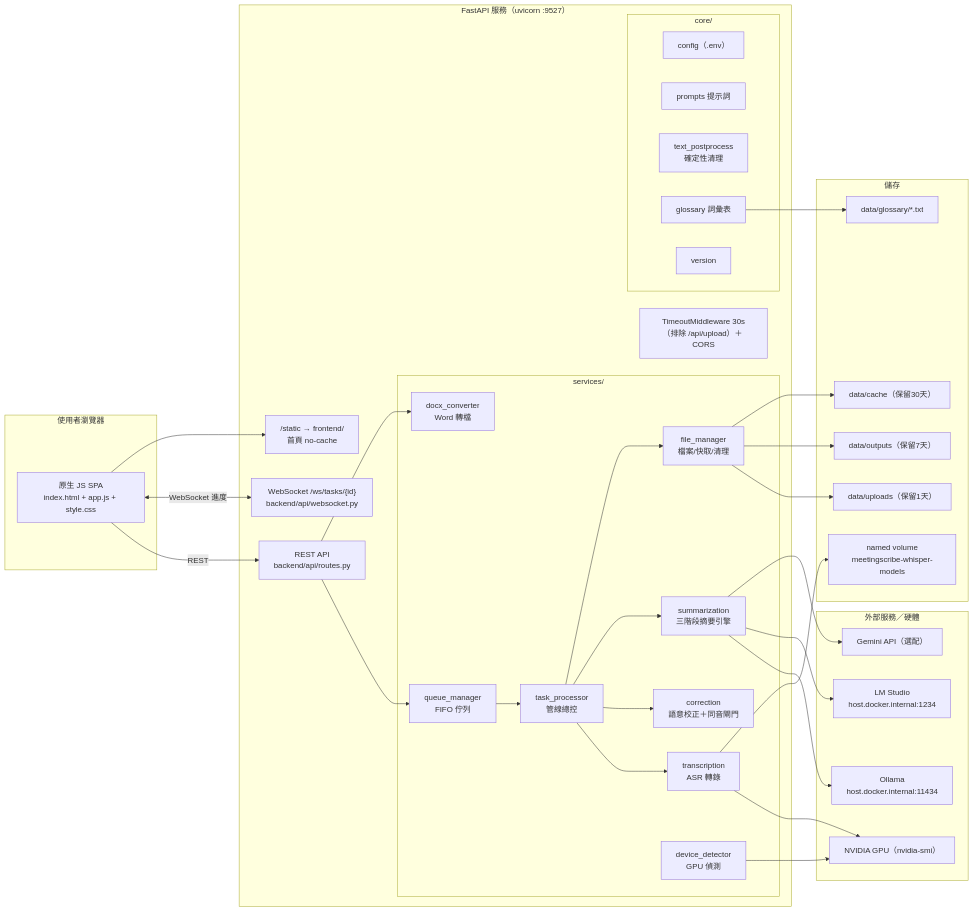
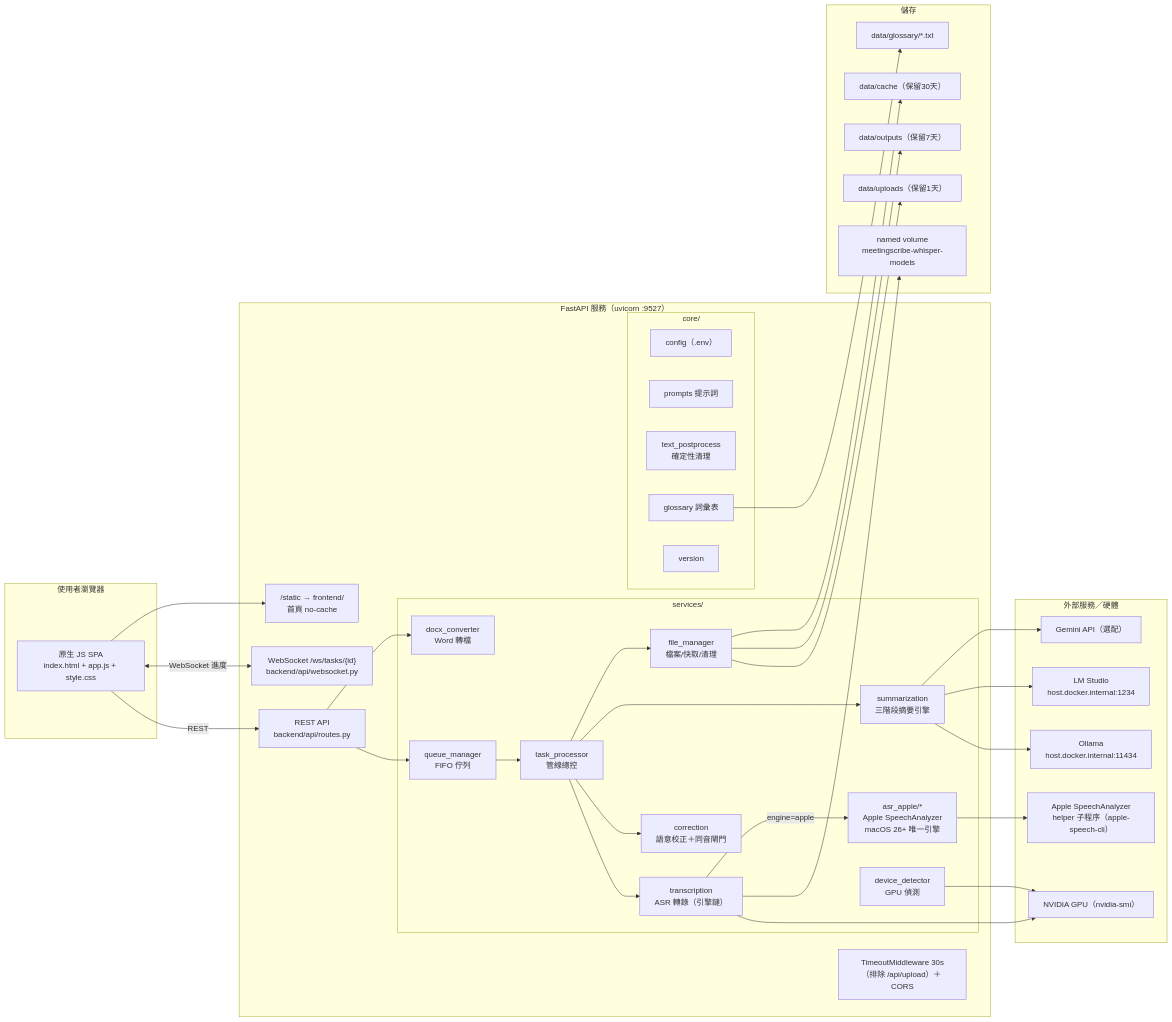
Before and after one commit to s9008129/convert: the first of 7 diagrams in doc/規格與設計/系統架構與程式設計書.md, drawn with Mermaid. The commit also changed other lines of this file and 13 other files, not shown here.

````diff
--- a/doc/規格與設計/系統架構與程式設計書.md
+++ b/doc/規格與設計/系統架構與程式設計書.md
@@ -89,68 +90,72 @@
 ```mermaid
 flowchart LR
     subgraph Client["使用者瀏覽器"]
         UI["原生 JS SPA<br/>index.html + app.js + style.css"]
     end
 
     subgraph Server["FastAPI 服務（uvicorn :9527）"]
         MW["TimeoutMiddleware 30s<br/>（排除 /api/upload）＋ CORS"]
         API["REST API<br/>backend/api/routes.py"]
         WS["WebSocket /ws/tasks/{id}<br/>backend/api/websocket.py"]
         STATIC["/static → frontend/<br/>首頁 no-cache"]
 
         subgraph Services["services/"]
             QM["queue_manager<br/>FIFO 佇列"]
             TP["task_processor<br/>管線總控"]
-            ASR["transcription<br/>ASR 轉錄"]
+            ASR["transcription<br/>ASR 轉錄（引擎鏈）"]
+            ASRA["asr_apple/*<br/>Apple SpeechAnalyzer<br/>macOS 26+ 唯一引擎"]
             CORR["correction<br/>語意校正＋同音閘門"]
             SUM["summarization<br/>三階段摘要引擎"]
             FM["file_manager<br/>檔案/快取/清理"]
             DD["device_detector<br/>GPU 偵測"]
             DOCX["docx_converter<br/>Word 轉檔"]
         end
 
         subgraph Core["core/"]
             CFG["config（.env）"]
             PR["prompts 提示詞"]
             TPP["text_postprocess<br/>確定性清理"]
             GL["glossary 詞彙表"]
             VER["version"]
         end
     end
 
     subgraph External["外部服務／硬體"]
         OLLAMA["Ollama<br/>host.docker.internal:11434"]
         LMS["LM Studio<br/>host.docker.internal:1234"]
         GEM["Gemini API（選配）"]
         GPU["NVIDIA GPU（nvidia-smi）"]
+        ANE["Apple SpeechAnalyzer<br/>helper 子程序（apple-speech-cli）"]
     end
 
     subgraph Storage["儲存"]
         UP["data/uploads（保留1天）"]
         OUT["data/outputs（保留7天）"]
         CACHE["data/cache（保留30天）"]
         GLOS["data/glossary/*.txt"]
         VOL["named volume<br/>meetingscribe-whisper-models"]
     end
 
     UI -->|"REST"| API
     UI <-->|"WebSocket 進度"| WS
     UI --> STATIC
     API --> QM
     QM --> TP
     TP --> ASR
     TP --> CORR
     TP --> SUM
     TP --> FM
     API --> DOCX
     ASR --> GPU
     ASR --> VOL
+    ASR -->|"engine=apple"| ASRA
+    ASRA --> ANE
     SUM --> OLLAMA
     SUM --> LMS
     SUM --> GEM
     DD --> GPU
     FM --> UP
     FM --> OUT
     FM --> CACHE
     GL --> GLOS
 ```
````
